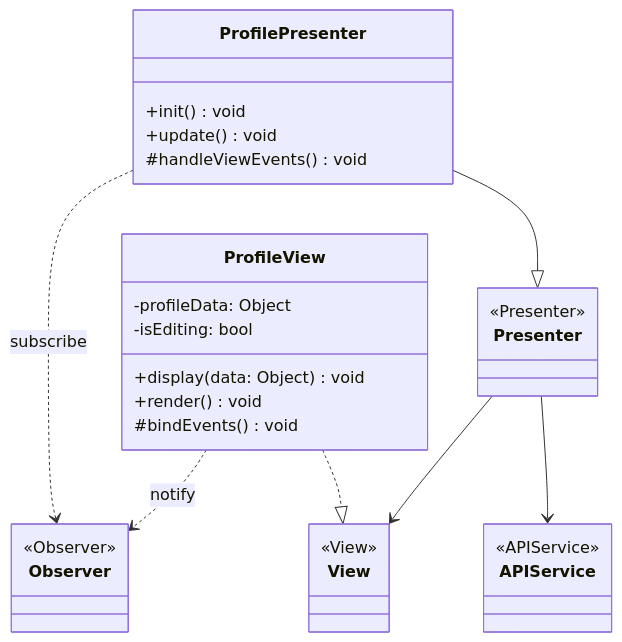
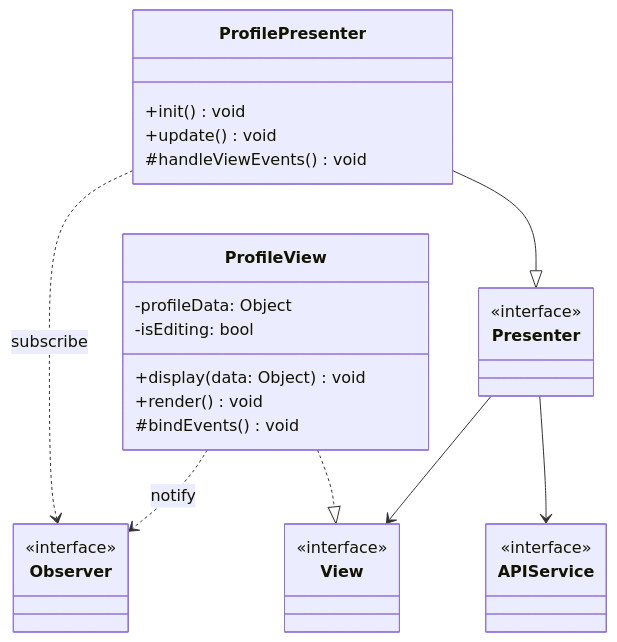
One commit to mb4dev/progetto-prova changed the fourth of 7 diagrams in documentazione/UC02.md. Above: the diagram before and after it, drawn with Mermaid. The commit also changed other lines of this file and 12 other files, not shown here.

````diff
--- a/documentazione/UC02.md
+++ b/documentazione/UC02.md
@@ -84,41 +86,41 @@
 ```mermaid 
 classDiagram
-
-    class Observer {
-        <<Observer>>
-    }
-
-    class View {
-        <<View>>
-    }
 
     class ProfileView {
         -profileData: Object
         -isEditing: bool
         +display(data: Object) void
         +render() void
         #bindEvents() void
     }
 
     class Presenter {
-        <<Presenter>>
+        <<interface>>
     }
 
     class ProfilePresenter {
         +init() void
         +update() void
         #handleViewEvents() void
     }
 
     class APIService {
-        <<APIService>>
+        <<interface>>
+    }
+
+    class View {
+        <<interface>>
+    }
+
+    class Observer {
+        <<interface>>
     }
 
     ProfileView ..|> View
     ProfilePresenter --|> Presenter
     Presenter --> View
     Presenter --> APIService
     
     ProfilePresenter ..> Observer : subscribe
     ProfileView ..> Observer : notify
 ```
````
